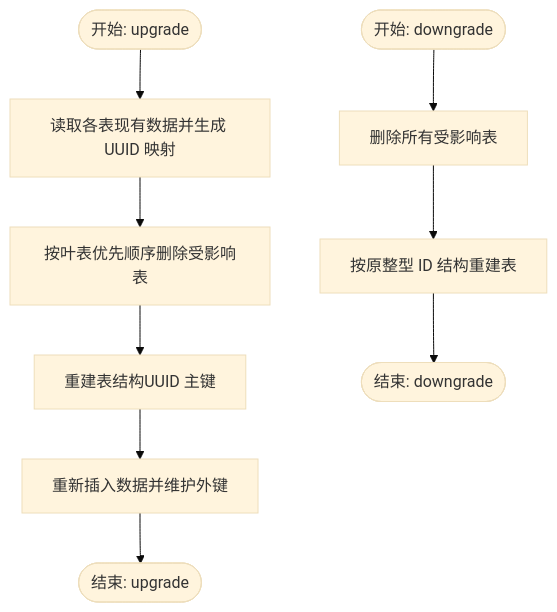
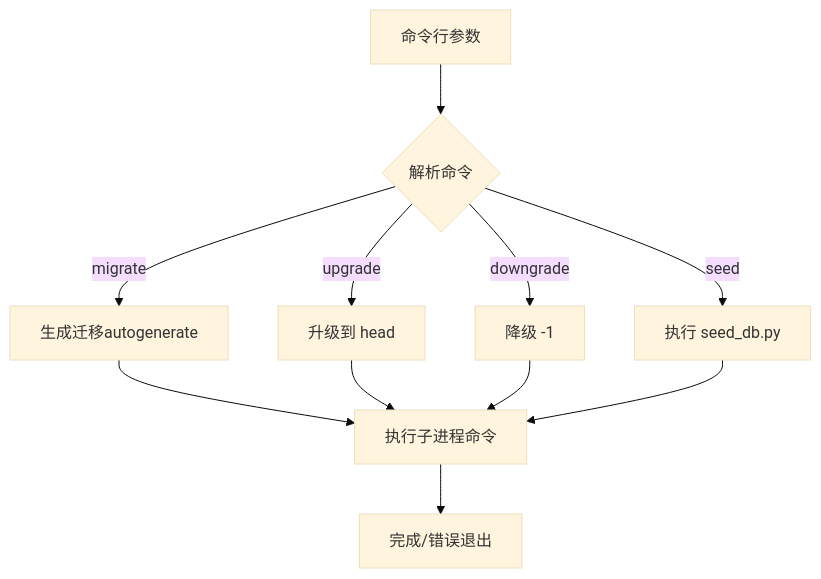
Before and after one commit to KunLabAI/KunFlix: the fourth of 6 diagrams in .qoder/repowiki/zh/content/数据库设计/数据库迁移管理.md, drawn with Mermaid (base theme). The commit also changed other lines of this file and 275 other files, not shown here.

````diff
--- a/.qoder/repowiki/zh/content/数据库设计/数据库迁移管理.md
+++ b/.qoder/repowiki/zh/content/数据库设计/数据库迁移管理.md
@@ -304,11 +153,13 @@
 ```mermaid
 flowchart TD
-Start(["开始: upgrade"]) --> ReadData["读取各表现有数据并生成 UUID 映射"]
-ReadData --> DropLeaf["按叶表优先顺序删除受影响表"]
-DropLeaf --> Recreate["重建表结构UUID 主键"]
-Recreate --> Insert["重新插入数据并维护外键"]
-Insert --> E(["结束: upgrade"])
-DStart(["开始: downgrade"]) --> DropAll["删除所有受影响表"]
-DropAll --> RecreateInt["按原整型 ID 结构重建表"]
-RecreateInt --> DEnd(["结束: downgrade"])
+CMD["命令行参数"] --> Parse{"解析命令"}
+Parse --> |migrate| Gen["生成迁移autogenerate"]
+Parse --> |upgrade| Up["升级到 head"]
+Parse --> |downgrade| Down["降级 -1"]
+Parse --> |seed| Seed["执行 seed_db.py"]
+Gen --> Exec["执行子进程命令"]
+Up --> Exec
+Down --> Exec
+Seed --> Exec
+Exec --> Done["完成/错误退出"]
 ```
````
